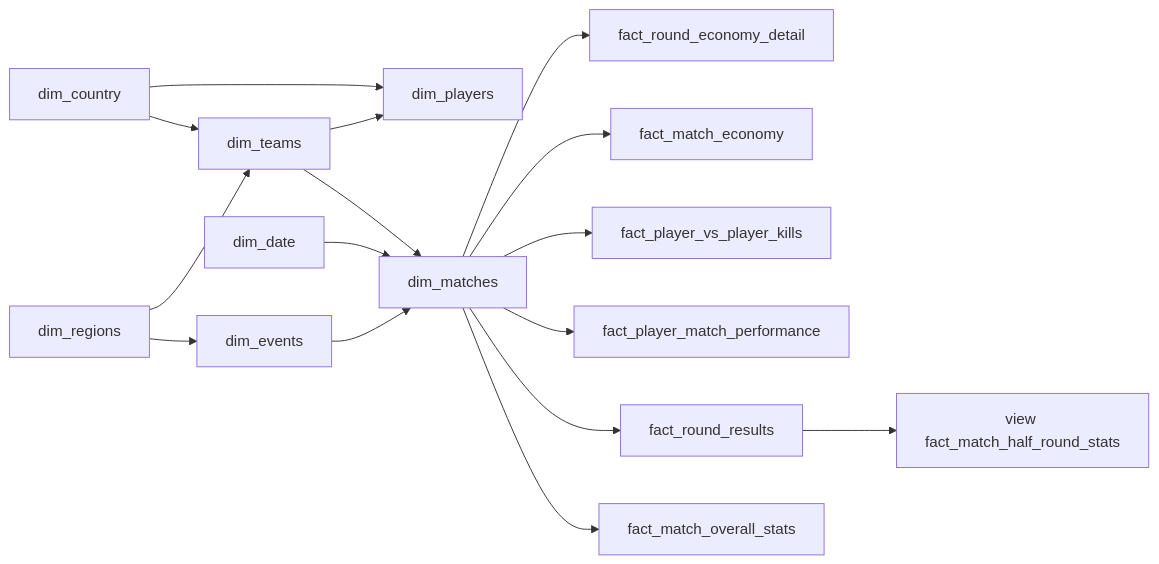
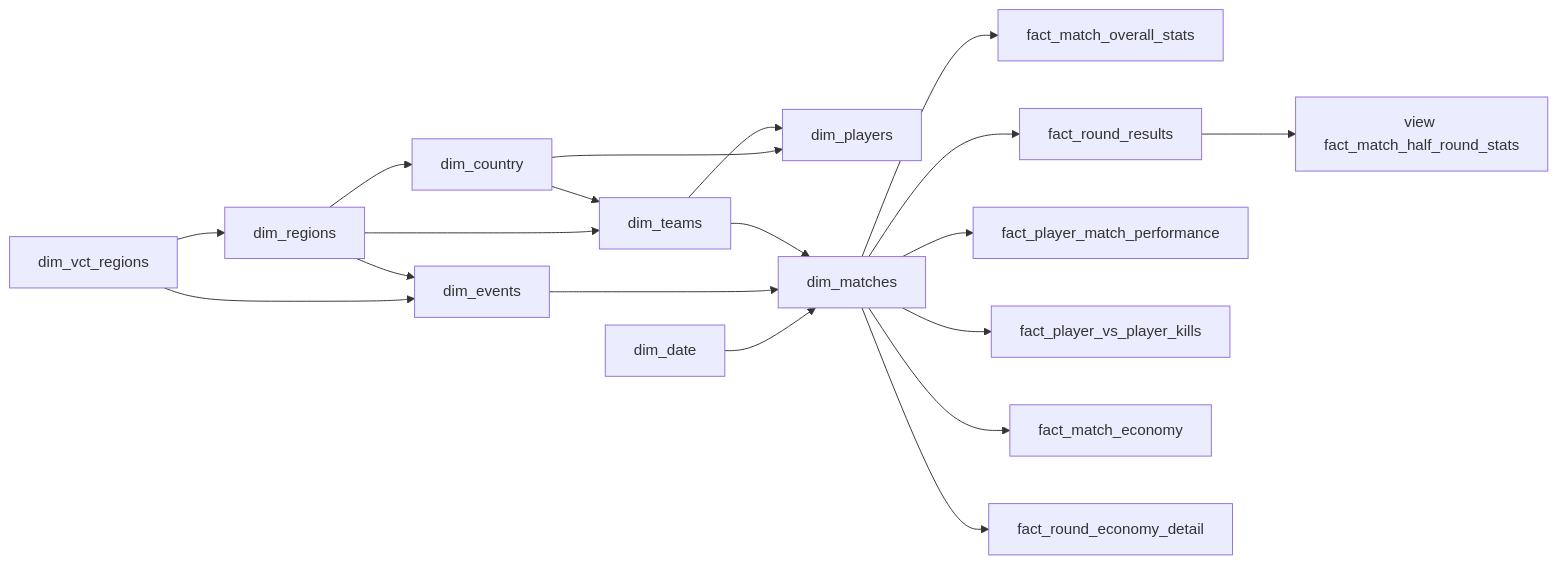
One commit to karthikgarimella37/Valorant-Stats changed the diagram in DATA_MODEL.md. Above: the diagram before and after it, drawn with Mermaid.

Commit message:
docs: update DATA_MODEL.md
M  DATA_MODEL.md

````diff
--- a/DATA_MODEL.md
+++ b/DATA_MODEL.md
@@ -105,19 +105,22 @@
 ```mermaid
 flowchart LR
+  dim_vct_regions --> dim_regions
+  dim_vct_regions --> dim_events
   dim_regions --> dim_events
   dim_regions --> dim_teams
+  dim_regions --> dim_country
   dim_country --> dim_teams
   dim_country --> dim_players
   dim_date --> dim_matches
   dim_events --> dim_matches
   dim_teams --> dim_matches
   dim_teams --> dim_players
 
   dim_matches --> F1[fact_match_overall_stats]
   dim_matches --> FR[fact_round_results]
   dim_matches --> F3[fact_player_match_performance]
   dim_matches --> F4[fact_player_vs_player_kills]
   dim_matches --> F5[fact_match_economy]
   dim_matches --> F6[fact_round_economy_detail]
   FR --> V2[view fact_match_half_round_stats]
 ```
````
